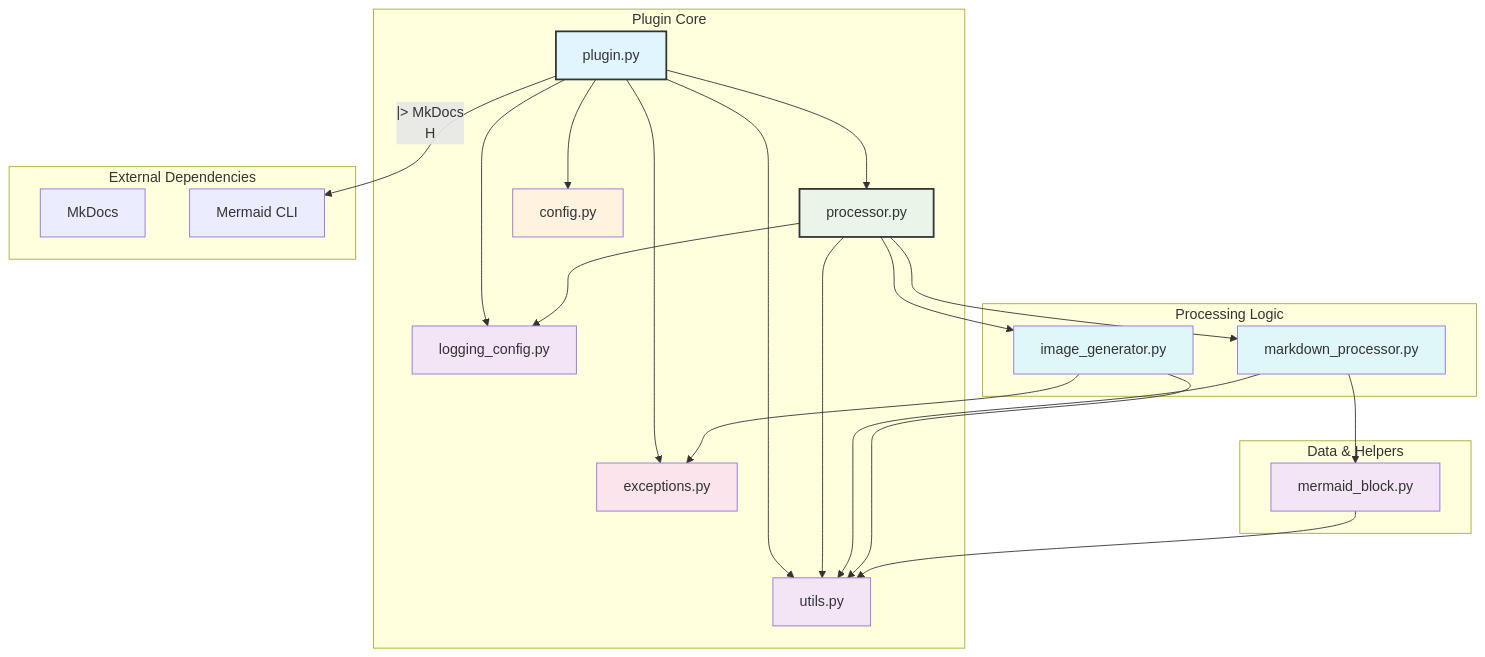
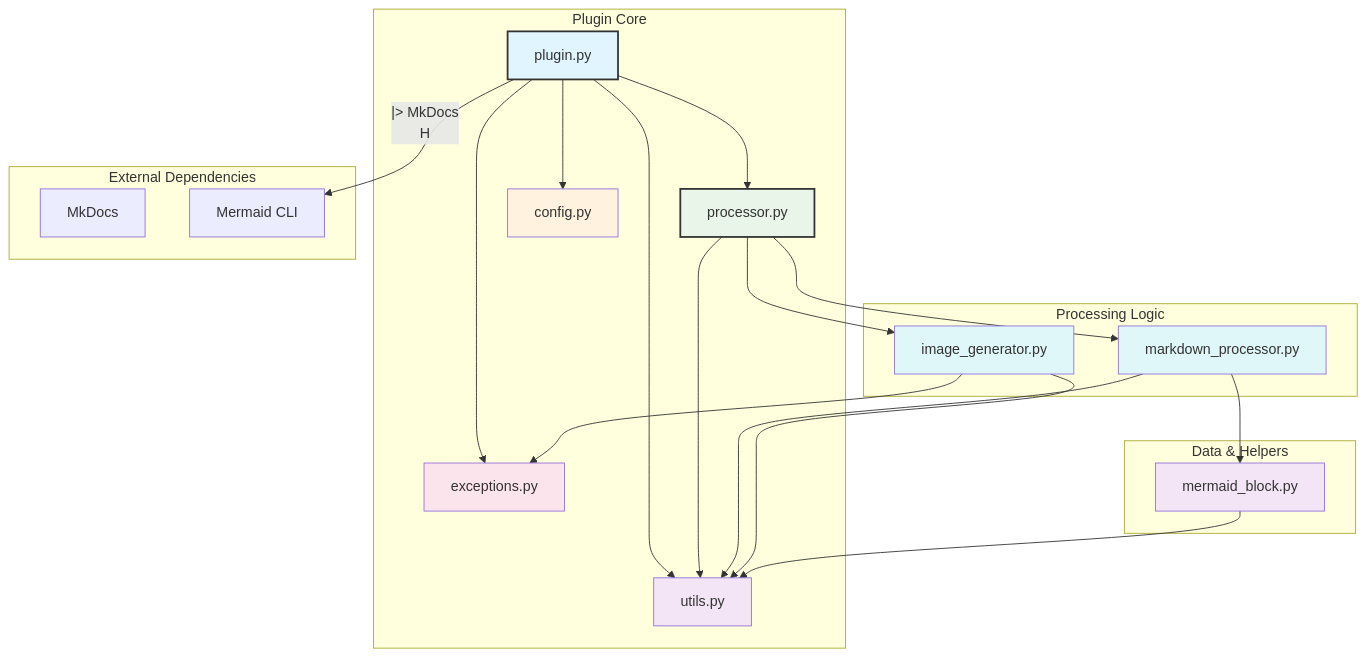
Before and after one commit to nuitsjp/mkdocs-mermaid-to-svg: the first of 7 diagrams in docs/architecture.md, drawn with Mermaid. The commit also changed other lines of this file, not shown here.

````diff
--- a/docs/architecture.md
+++ b/docs/architecture.md
@@ -29,43 +26,40 @@
 ```mermaid
 graph TD
     subgraph "Plugin Core"
         A[plugin.py] --> B[processor.py]
         A --> C[config.py]
         A --> D[exceptions.py]
         A --> E[utils.py]
-        A --> F[logging_config.py]
     end
 
     subgraph "Processing Logic"
         B --> G[markdown_processor.py]
         B --> H[image_generator.py]
         B --> E
-        B --> F
     end
 
     subgraph "Data & Helpers"
         G --> I[mermaid_block.py]
         G --> E
         H --> D
         H --> E
         I --> E
     end
 
     subgraph "External Dependencies"
         MkDocs[MkDocs]
         MermaidCLI[Mermaid CLI]
     end
 
     A --|> MkDocs
     H --> MermaidCLI
 
     style A fill:#e1f5fe,stroke:#333,stroke-width:2px
     style B fill:#e8f5e8,stroke:#333,stroke-width:2px
     style G fill:#e0f7fa
     style H fill:#e0f7fa
     style I fill:#f3e5f5
     style C fill:#fff3e0
     style D fill:#fce4ec
     style E fill:#f3e5f5
-    style F fill:#f3e5f5
 ```
````
